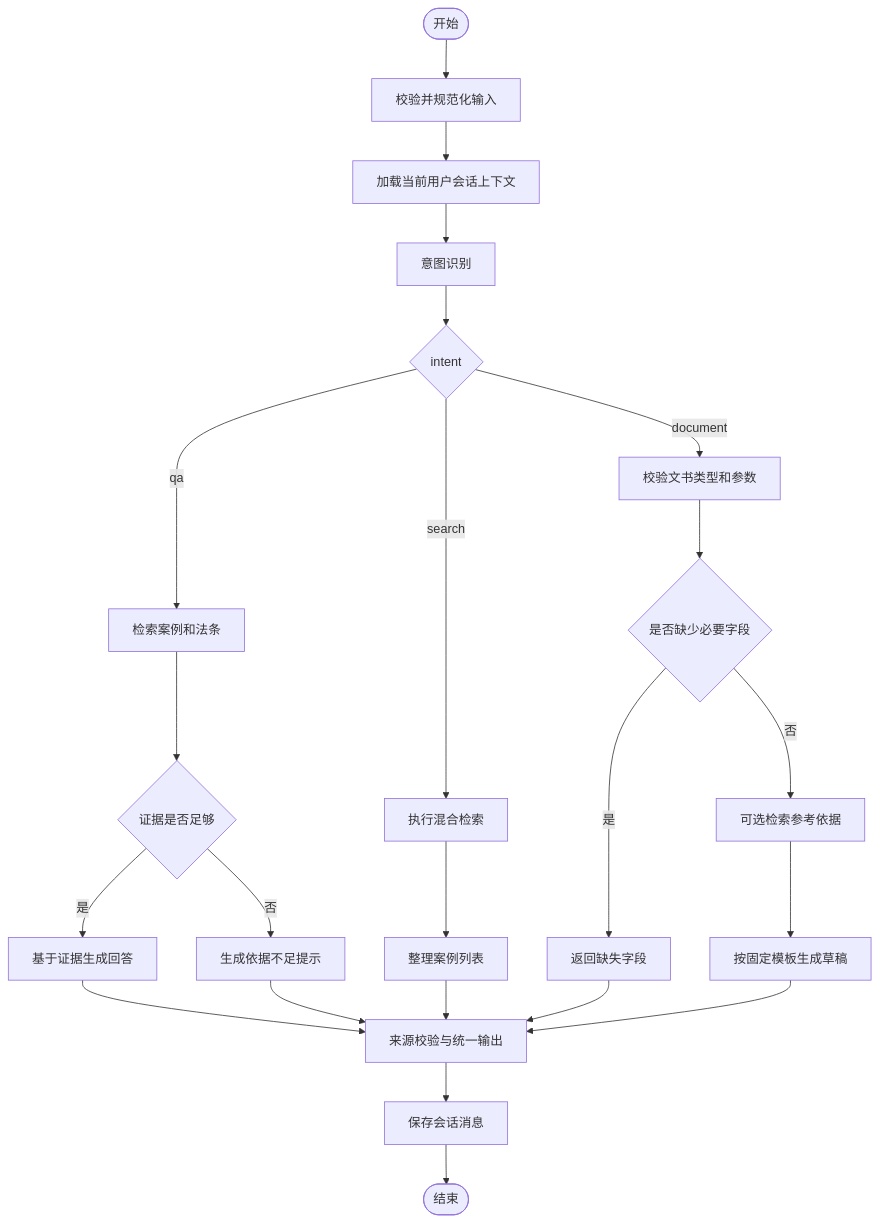
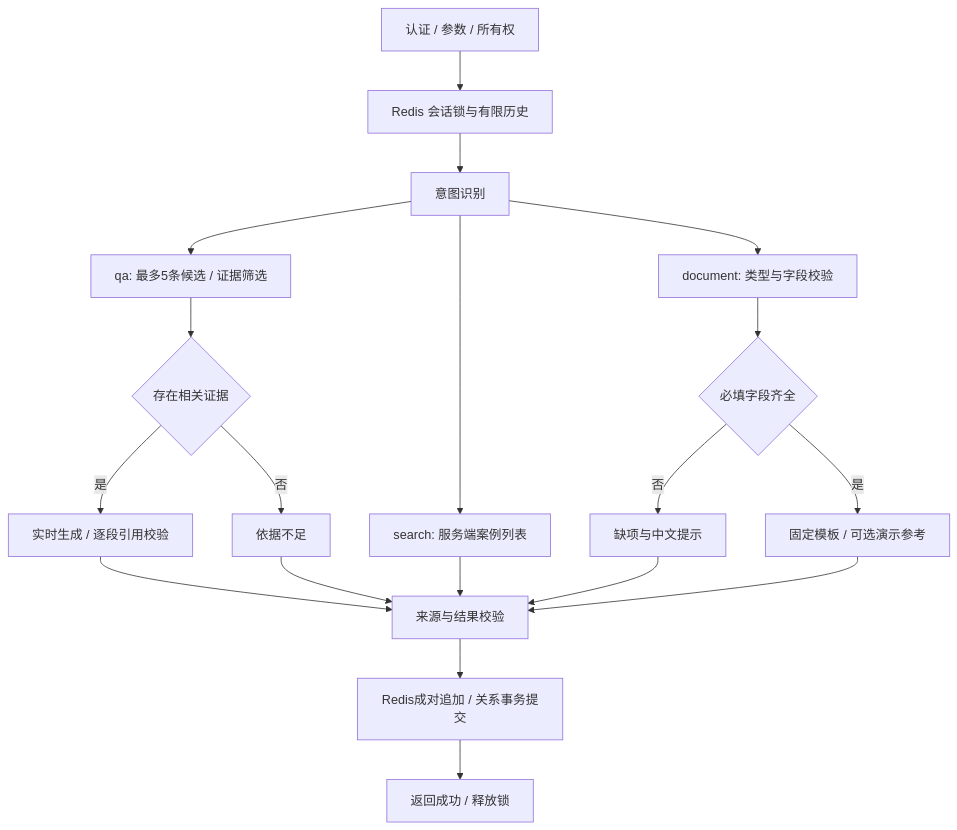
Before and after one commit to wenqin8/legalmind: the second of 2 diagrams in docs/architecture.md, drawn with Mermaid. The commit also changed other lines of this file and 80 other files, not shown here.

````diff
--- a/docs/architecture.md
+++ b/docs/architecture.md
@@ -161,29 +28,21 @@
 ```mermaid
 flowchart TD
-    Start([开始]) --> Validate[校验并规范化输入]
-    Validate --> Context[加载当前用户会话上下文]
-    Context --> Intent[意图识别]
-    Intent --> Route{intent}
-
-    Route -->|qa| QRetrieve[检索案例和法条]
-    QRetrieve --> Evidence{证据是否足够}
-    Evidence -->|是| QGenerate[基于证据生成回答]
-    Evidence -->|否| Refuse[生成依据不足提示]
-
-    Route -->|search| Search[执行混合检索]
-    Search --> SearchOutput[整理案例列表]
-
-    Route -->|document| DocValidate[校验文书类型和参数]
-    DocValidate --> Missing{是否缺少必要字段}
-    Missing -->|是| NeedInfo[返回缺失字段]
-    Missing -->|否| DocRetrieve[可选检索参考依据]
-    DocRetrieve --> DocGenerate[按固定模板生成草稿]
-
-    QGenerate --> Finalize[来源校验与统一输出]
-    Refuse --> Finalize
-    SearchOutput --> Finalize
+    Input[认证 / 参数 / 所有权] --> Lock[Redis 会话锁与有限历史]
+    Lock --> Intent[意图识别]
+    Intent --> QA[qa: 最多5条候选 / 证据筛选]
+    Intent --> Search[search: 服务端案例列表]
+    Intent --> Document[document: 类型与字段校验]
+    QA --> Enough{存在相关证据}
+    Enough -->|否| Insufficient[依据不足]
+    Enough -->|是| Generate[实时生成 / 逐段引用校验]
+    Document --> Missing{必填字段齐全}
+    Missing -->|否| NeedInfo[缺项与中文提示]
+    Missing -->|是| Draft[固定模板 / 可选演示参考]
+    Generate --> Finalize[来源与结果校验]
+    Insufficient --> Finalize
+    Search --> Finalize
     NeedInfo --> Finalize
-    DocGenerate --> Finalize
-    Finalize --> Save[保存会话消息]
-    Save --> End([结束])
+    Draft --> Finalize
+    Finalize --> Save[Redis成对追加 / 关系事务提交]
+    Save --> End[返回成功 / 释放锁]
 ```
````
